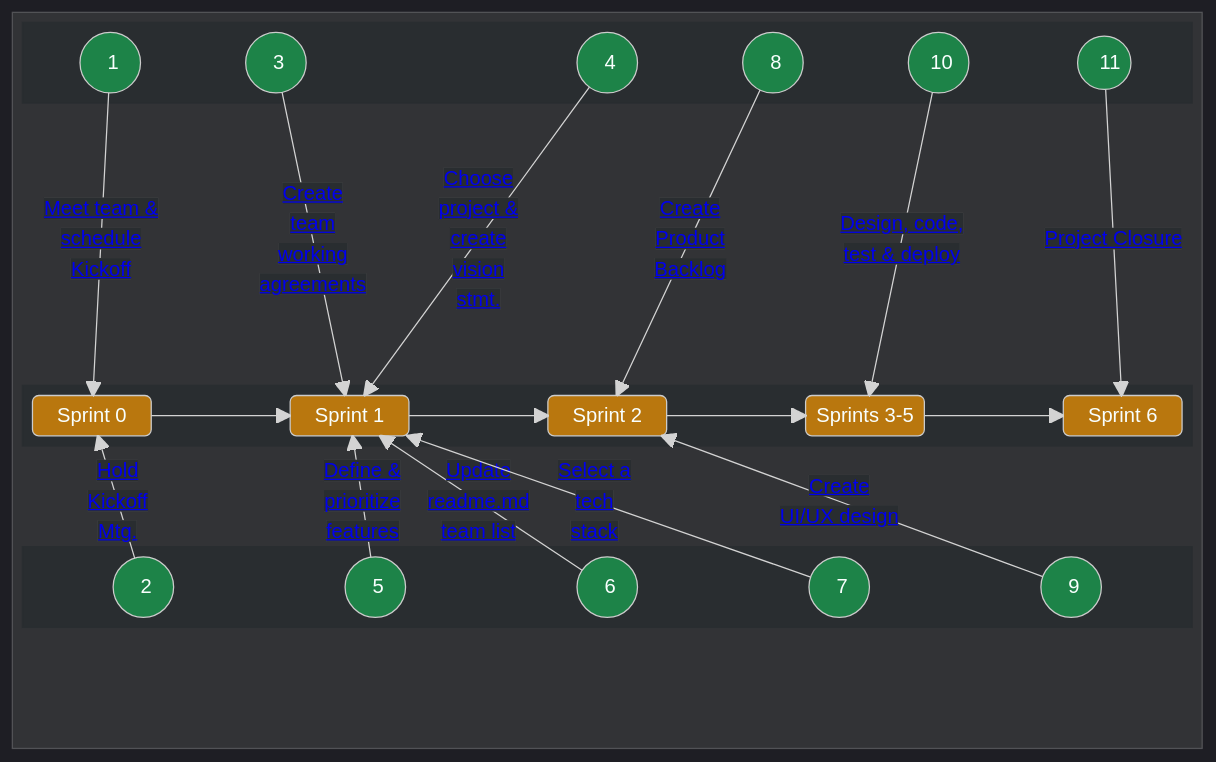
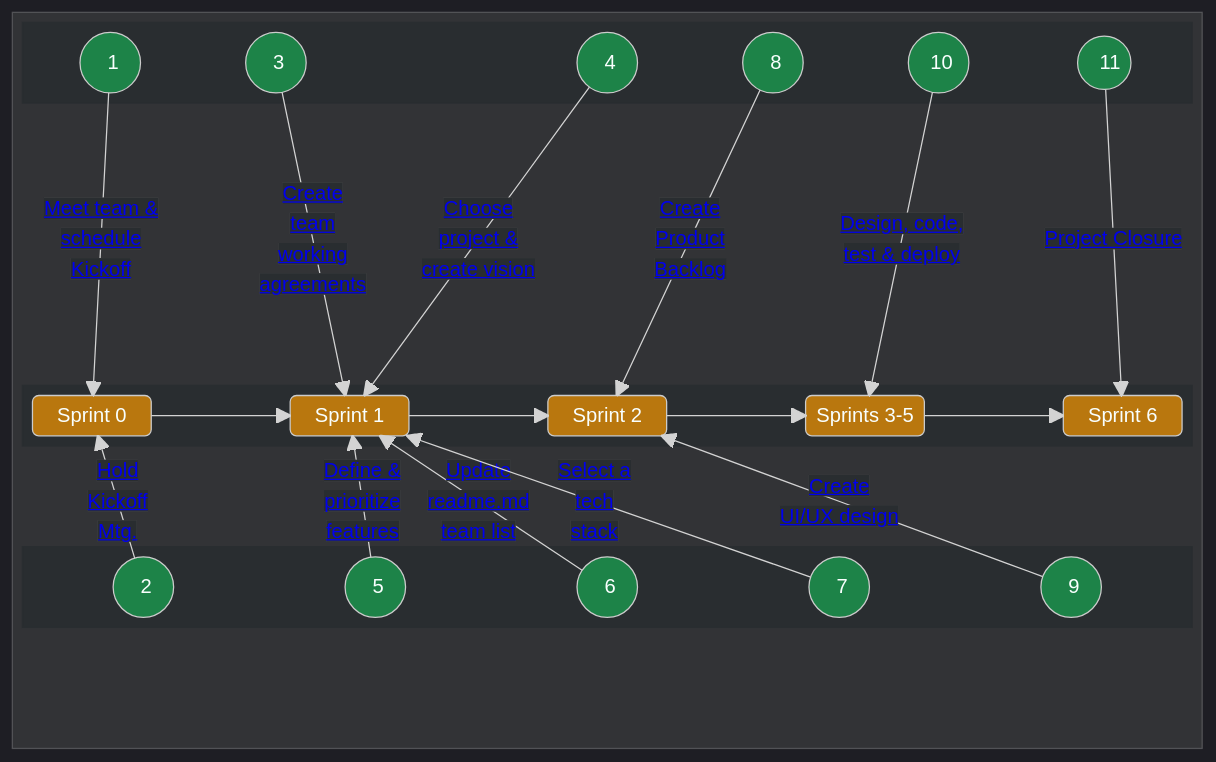
Before and after one commit to chingu-voyages/Handbook: the first of 2 diagrams in docs/guides/voyage/voyage.md, drawn with Mermaid.

Commit message:
Feature: Define Sprint 0 details [WIP]

```diff
--- a/docs/guides/voyage/voyage.md
+++ b/docs/guides/voyage/voyage.md
@@ -108,7 +108,7 @@
       A1 -- "<a style="background-color:#292d30" href="https://github.com/chingu-voyages/Handbook/blob/main/docs/guides/voyage/voyage.md#1-meet-your-team--schedule-kickoff-meeting-">Meet team &</br>schedule</br>Kickoff</a>" --> SPRINT0
       A2 -- "<a style="background-color:#292d30" href="https://github.com/chingu-voyages/Handbook/blob/main/docs/guides/voyage/voyage.md#2-conduct-kickoff-meeting-">Hold</br>Kickoff</br>Mtg.</a>" --> SPRINT0
       A3 -- "<a style="background-color:#292d30" href="https://github.com/chingu-voyages/Handbook/blob/main/docs/guides/voyage/voyage.md#3-setup-your-teams-working-agreements-">Create</br>team</br>working</br>agreements</a>" --> SPRINT1
-      A4 -- "<a style="background-color:#292d30" href="https://github.com/chingu-voyages/Handbook/blob/main/docs/guides/voyage/voyage.md#4-choose-a-project--create-a-vision-statement-">Choose</br>project &</br>create</br>vision</br>stmt.</a>" --> SPRINT1
+      A4 -- "<a style="background-color:#292d30" href="https://github.com/chingu-voyages/Handbook/blob/main/docs/guides/voyage/voyage.md#4-choose-a-project--create-a-vision-statement-">Choose</br>project &</br>create vision</a>" --> SPRINT1
       A5 -- "<a style="background-color:#292d30" href="https://github.com/chingu-voyages/Handbook/blob/main/docs/guides/voyage/voyage.md#7-define--prioritize-mvp-features-">Define &</br>prioritize</br>features</a>" --> SPRINT1
       A6 -- "<a style="background-color:#292d30" href="https://github.com/chingu-voyages/Handbook/blob/main/docs/guides/voyage/voyage.md#6-add-your-info-to-the-team-list-in-your-readmemd-%EF%B8%8F">Update</br>readme.md</br>team list<a/>" --> SPRINT1
       A7 -- "<a style="background-color:#292d30" href="https://github.com/chingu-voyages/Handbook/blob/main/docs/guides/voyage/voyage.md#5-select-a-tech-stack">Select a</br>tech</br>stack</a>" --> SPRINT1
```
